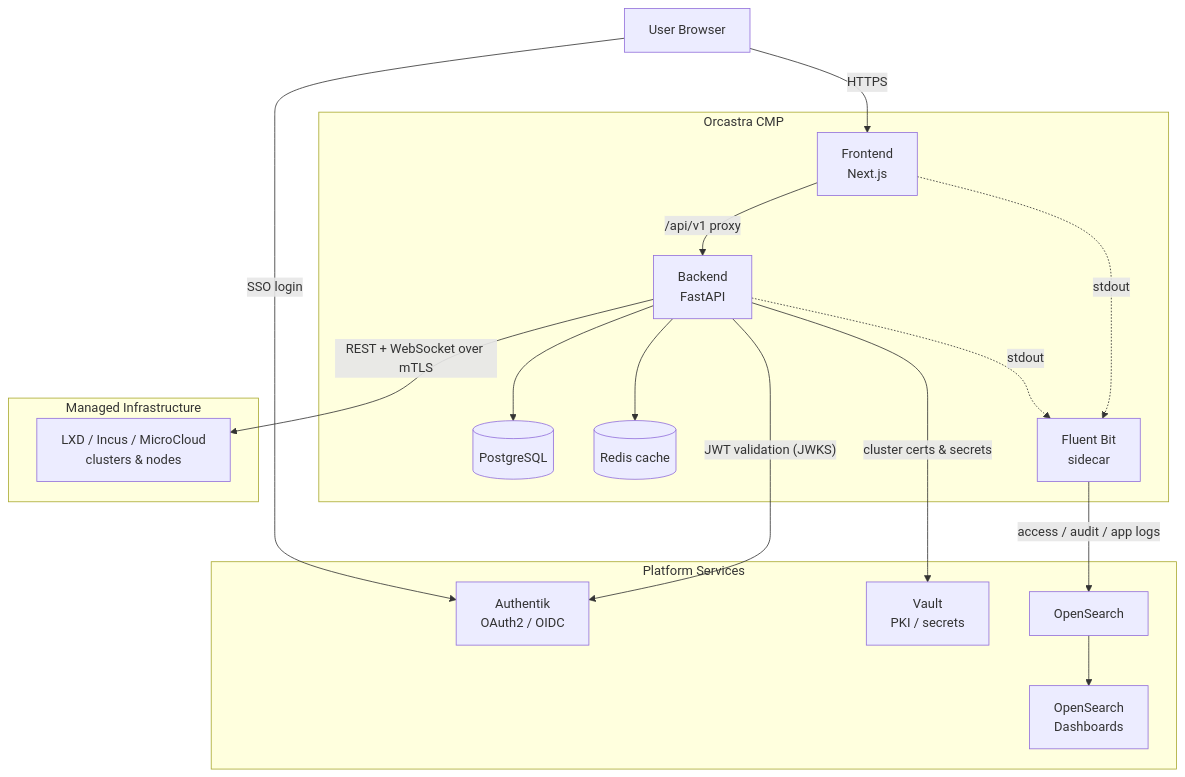
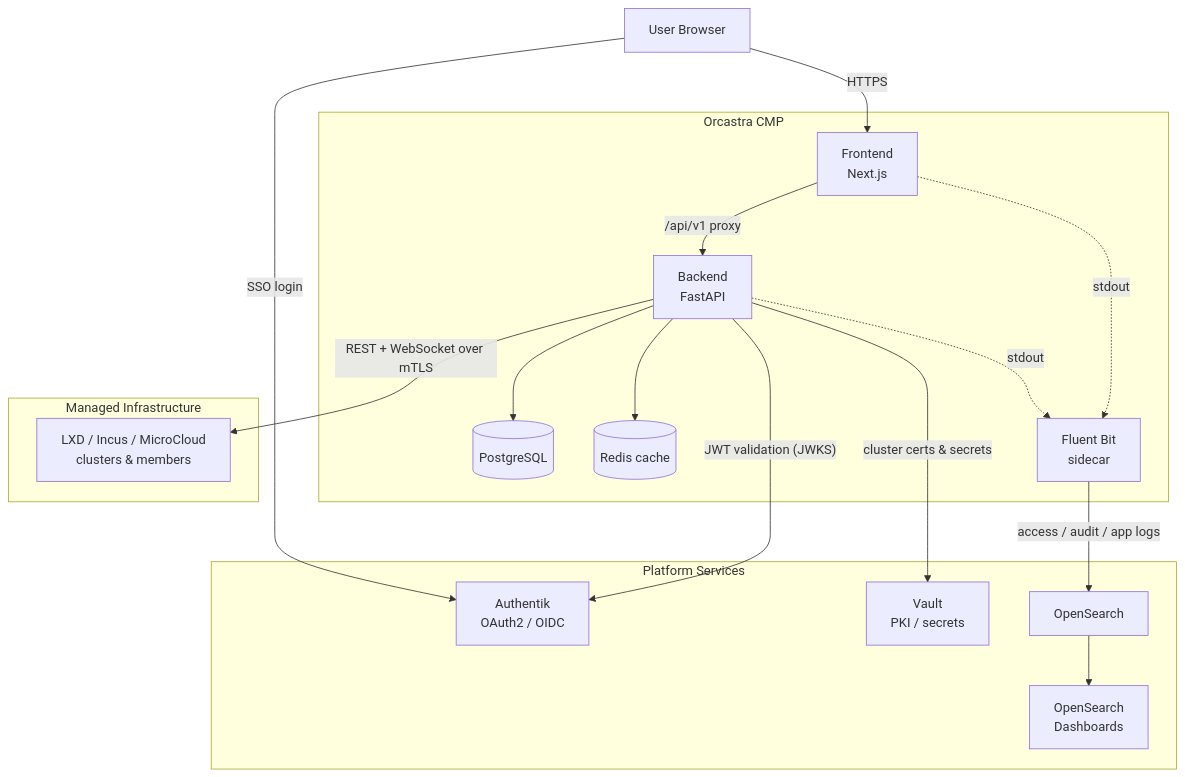
Before and after one commit to sctsivali/orcastra-cmp: the diagram in README.md, drawn with Mermaid. The commit also changed other lines of this file and 1 other file, not shown here.

````diff
--- a/README.md
+++ b/README.md
@@ -113,36 +140,36 @@
 ```mermaid
 graph TB
     U["User Browser"]
 
     subgraph dash["Orcastra CMP"]
         FE["Frontend<br/>Next.js"]
         BE["Backend<br/>FastAPI"]
         PG[("PostgreSQL")]
         RD[("Redis cache")]
         FB["Fluent Bit<br/>sidecar"]
     end
 
     subgraph platform["Platform Services"]
         AK["Authentik<br/>OAuth2 / OIDC"]
         VT["Vault<br/>PKI / secrets"]
         OS["OpenSearch"]
         OSD["OpenSearch<br/>Dashboards"]
     end
 
     subgraph managed["Managed Infrastructure"]
-        LXD["LXD / Incus / MicroCloud<br/>clusters & nodes"]
+        LXD["LXD / Incus / MicroCloud<br/>clusters & members"]
     end
 
     U -->|"HTTPS"| FE
     U -->|"SSO login"| AK
     FE -->|"/api/v1 proxy"| BE
     BE --> PG
     BE --> RD
     BE -->|"JWT validation (JWKS)"| AK
     BE -->|"cluster certs & secrets"| VT
     BE -->|"REST + WebSocket over mTLS"| LXD
     BE -.->|"stdout"| FB
     FE -.->|"stdout"| FB
     FB -->|"access / audit / app logs"| OS
     OS --> OSD
 ```
````
